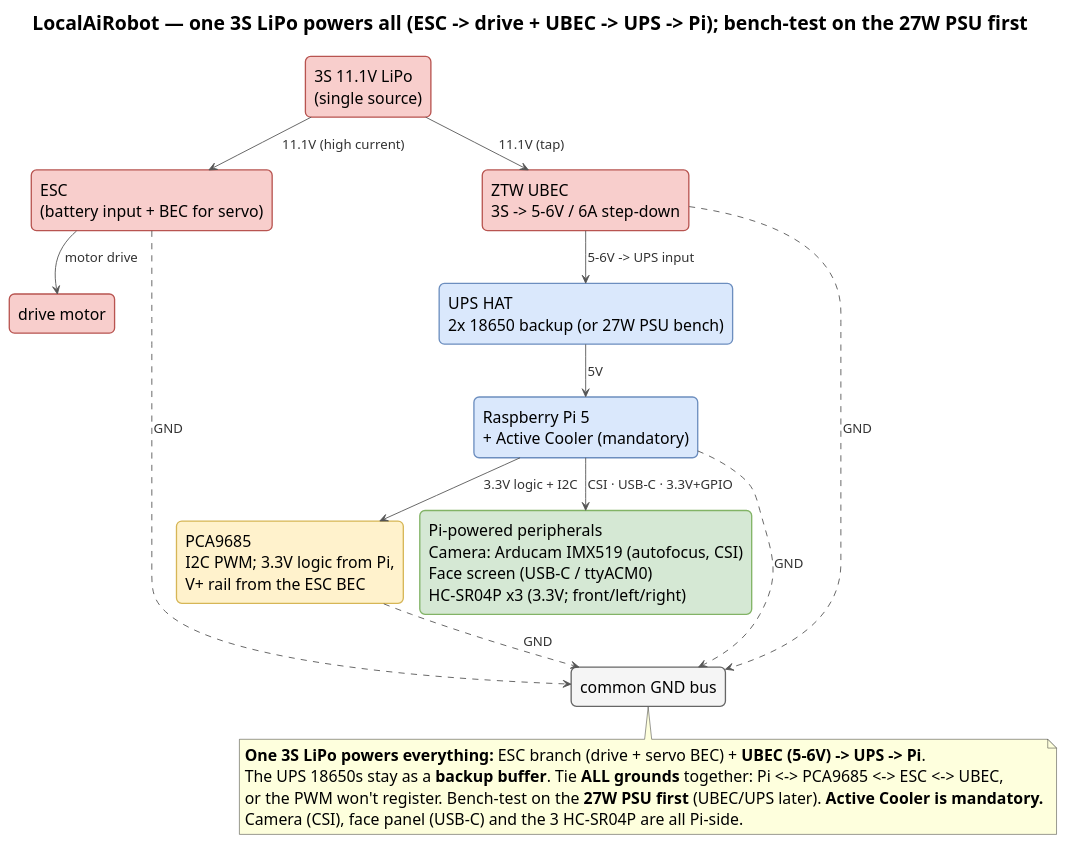
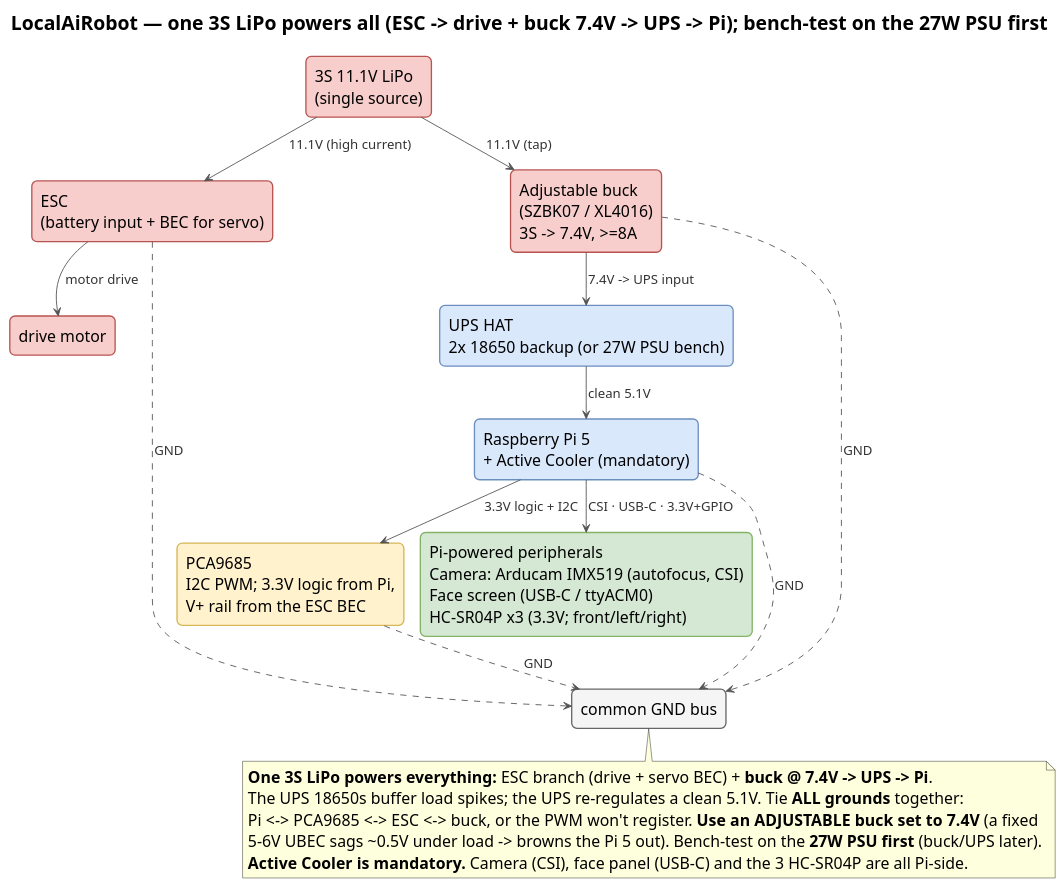
Before and after one commit to shen747/LocalAiRobot: the diagram in docs/images/assembly.puml, drawn with PlantUML. The commit also changed 11 other files, not shown here.

Commit message:
Replace the sagging fixed UBEC with an adjustable 7.4V buck into the UPS across docs + regenerated diagrams

```diff
--- a/docs/images/assembly.puml
+++ b/docs/images/assembly.puml
@@ -1,64 +1,65 @@
 @startuml assembly
-' LocalAiRobot — high-level power, TOP-TO-BOTTOM (one 3S LiPo -> ESC drive + UBEC -> UPS -> Pi).
+' LocalAiRobot — high-level power, TOP-TO-BOTTOM (one 3S LiPo -> ESC drive + buck(7.4V) -> UPS -> Pi).
 ' This source lives next to its render. Regenerate in place (writes assembly.png here):
 '   plantuml -tpng docs/images/assembly.puml
 ' No Graphviz needed: !pragma layout smetana. Vertical + larger fonts; Pi peripherals collapsed into one box.
 !pragma layout smetana
 top to bottom direction
 hide stereotype
-title LocalAiRobot — one 3S LiPo powers all (ESC -> drive + UBEC -> UPS -> Pi); bench-test on the 27W PSU first
+title LocalAiRobot — one 3S LiPo powers all (ESC -> drive + buck 7.4V -> UPS -> Pi); bench-test on the 27W PSU first
 
 skinparam backgroundColor white
 skinparam shadowing false
 skinparam defaultFontName Helvetica
 skinparam defaultFontSize 18
 skinparam TitleFontSize 22
 skinparam ArrowColor #555555
 skinparam ArrowFontColor #333333
 skinparam ArrowFontSize 15
 skinparam rectangle {
   RoundCorner 12
   FontSize 18
   BorderThickness 1.5
   BackgroundColor<<io>> #DAE8FC
   BorderColor<<io>> #6C8EBF
   BackgroundColor<<model>> #FFF2CC
   BorderColor<<model>> #D6B656
   BackgroundColor<<data>> #D5E8D4
   BorderColor<<data>> #82B366
   BackgroundColor<<motor>> #F8CECC
   BorderColor<<motor>> #B85450
   BackgroundColor<<store>> #F5F5F5
   BorderColor<<store>> #666666
 }
 
 rectangle "3S 11.1V LiPo\n(single source)" as lipo <<motor>>
 rectangle "ESC\n(battery input + BEC for servo)" as esc <<motor>>
 rectangle "drive motor" as motor <<motor>>
-rectangle "ZTW UBEC\n3S -> 5-6V / 6A step-down" as ubec <<motor>>
+rectangle "Adjustable buck\n(SZBK07 / XL4016)\n3S -> 7.4V, >=8A" as ubec <<motor>>
 rectangle "UPS HAT\n2x 18650 backup (or 27W PSU bench)" as ups <<io>>
 rectangle "Raspberry Pi 5\n+ Active Cooler (mandatory)" as pi <<io>>
 rectangle "PCA9685\nI2C PWM; 3.3V logic from Pi,\nV+ rail from the ESC BEC" as pca <<model>>
 rectangle "Pi-powered peripherals\nCamera: Arducam IMX519 (autofocus, CSI)\nFace screen (USB-C / ttyACM0)\nHC-SR04P x3 (3.3V; front/left/right)" as periph <<data>>
 rectangle "common GND bus" as gnd <<store>>
 
 lipo --> esc  : 11.1V (high current)
 lipo --> ubec : 11.1V (tap)
 esc  --> motor : motor drive
-ubec --> ups  : 5-6V -> UPS input
-ups  --> pi   : 5V
+ubec --> ups  : 7.4V -> UPS input
+ups  --> pi   : clean 5.1V
 pi   --> pca  : 3.3V logic + I2C
 pi   --> periph : CSI · USB-C · 3.3V+GPIO
 
 esc  ..> gnd : GND
 pi   ..> gnd : GND
 pca  ..> gnd : GND
 ubec ..> gnd : GND
 
 note bottom of gnd
-  **One 3S LiPo powers everything:** ESC branch (drive + servo BEC) + **UBEC (5-6V) -> UPS -> Pi**.
-  The UPS 18650s stay as a **backup buffer**. Tie **ALL grounds** together: Pi <-> PCA9685 <-> ESC <-> UBEC,
-  or the PWM won't register. Bench-test on the **27W PSU first** (UBEC/UPS later). **Active Cooler is mandatory.**
-  Camera (CSI), face panel (USB-C) and the 3 HC-SR04P are all Pi-side.
+  **One 3S LiPo powers everything:** ESC branch (drive + servo BEC) + **buck @ 7.4V -> UPS -> Pi**.
+  The UPS 18650s buffer load spikes; the UPS re-regulates a clean 5.1V. Tie **ALL grounds** together:
+  Pi <-> PCA9685 <-> ESC <-> buck, or the PWM won't register. **Use an ADJUSTABLE buck set to 7.4V** (a fixed
+  5-6V UBEC sags ~0.5V under load -> browns the Pi 5 out). Bench-test on the **27W PSU first** (buck/UPS later).
+  **Active Cooler is mandatory.** Camera (CSI), face panel (USB-C) and the 3 HC-SR04P are all Pi-side.
 end note
 @enduml
```
